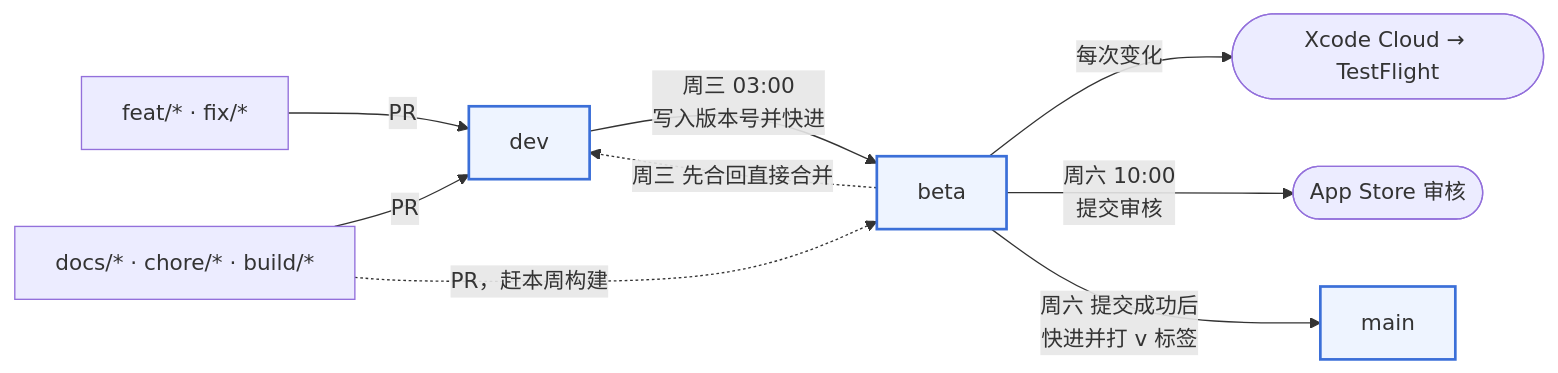
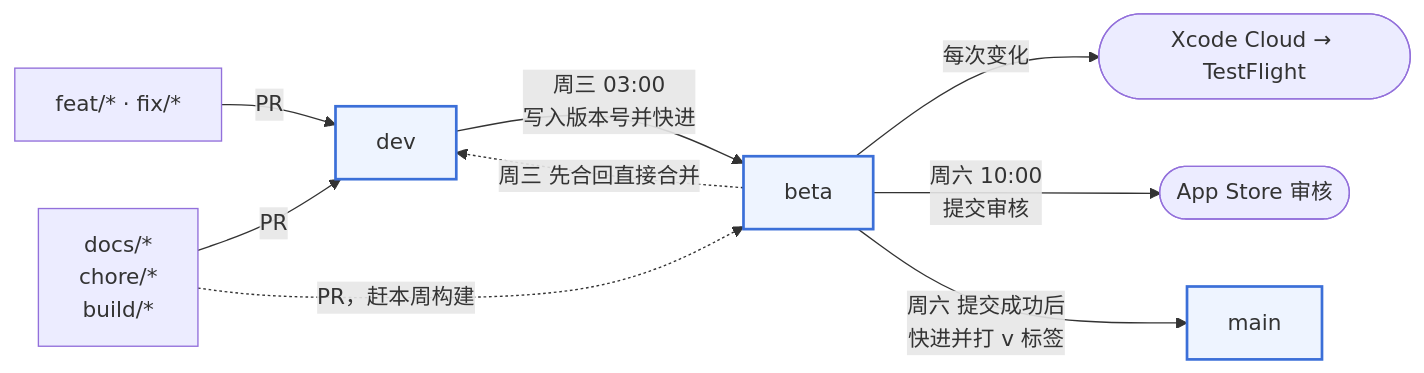
The diagram in Docs/Development.md (Voltline/Vime), drawn with Mermaid before and after one commit.

Commit message:
docs: put each prefix on its own line in the branch diagram

````diff
--- a/Docs/Development.md
+++ b/Docs/Development.md
@@ -74,13 +74,13 @@
 ```mermaid
 flowchart LR
     work["feat/* · fix/*"] -- PR --> dev
-    misc["docs/* · chore/* · build/*"] -- PR --> dev
+    misc["docs/*<br/>chore/*<br/>build/*"] -- PR --> dev
     misc -. "PR，赶本周构建" .-> beta
     dev -- "周三 03:00<br/>写入版本号并快进" --> beta
     beta -. "周三 先合回直接合并" .-> dev
     beta -- "每次变化" --> testflight(["Xcode Cloud → TestFlight"])
     beta -- "周六 10:00<br/>提交审核" --> review(["App Store 审核"])
     beta -- "周六 提交成功后<br/>快进并打 v 标签" --> main
     classDef branch fill:#eef4ff,stroke:#3b6fd8,stroke-width:2px
     class dev,beta,main branch
 ```
````
